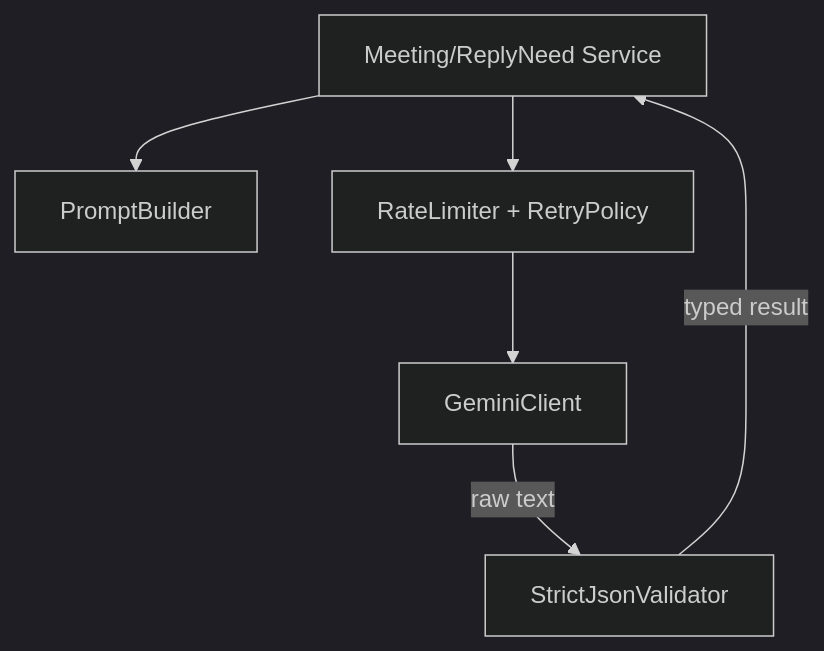
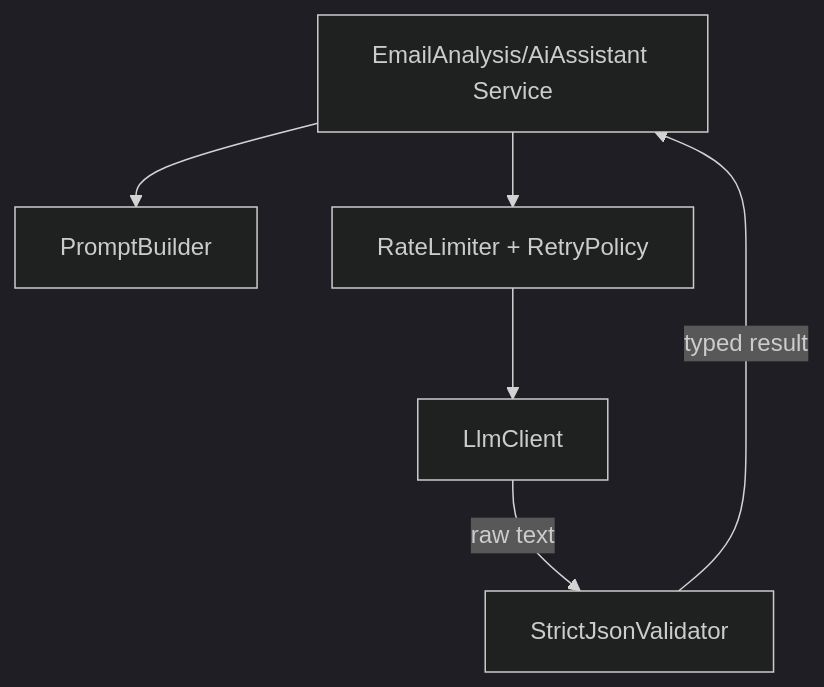
Before and after one commit to XunSong02/OutlookPlus: diagram 11 of 20 in backend/backend_specification_Modules.md, drawn with Mermaid (dark theme). The commit also changed other lines of this file and 159 other files, not shown here.

````diff
--- a/backend/backend_specification_Modules.md
+++ b/backend/backend_specification_Modules.md
@@ -766,8 +825,8 @@
 ```mermaid
 flowchart TB
-	Svc[Meeting/ReplyNeed Service] --> Prompt[PromptBuilder]
+	Svc[EmailAnalysis/AiAssistant Service] --> Prompt[PromptBuilder]
 	Svc --> Throttle[RateLimiter + RetryPolicy]
-	Throttle --> Gemini[GeminiClient]
-	Gemini -->|raw text| Validate[StrictJsonValidator]
+	Throttle --> LLM[LlmClient]
+	LLM -->|raw text| Validate[StrictJsonValidator]
 	Validate -->|typed result| Svc
 ```
````
